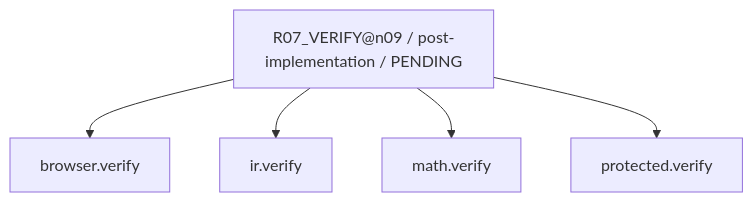
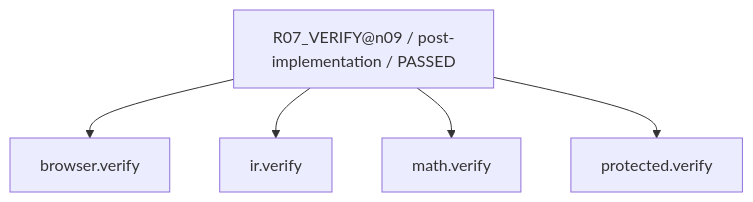
The ninth of 30 diagrams in work/items/W-MATH-035-choice-order-factor-audit/generated/CAPABILITY_FIRE_DIAGRAM.md (rrikunagasige-dot/kyotsu-step-web), drawn with Mermaid before and after one commit. The commit also changed other lines of this file and 133 other files, not shown here.

````diff
--- a/work/items/W-MATH-035-choice-order-factor-audit/generated/CAPABILITY_FIRE_DIAGRAM.md
+++ b/work/items/W-MATH-035-choice-order-factor-audit/generated/CAPABILITY_FIRE_DIAGRAM.md
@@ -141,12 +141,12 @@
 ```mermaid
 flowchart TD
-  N0["R07_VERIFY@n09 / post-implementation / PENDING"]
+  N0["R07_VERIFY@n09 / post-implementation / PASSED"]
   N1["math.verify"]
   N2["ir.verify"]
   N3["browser.verify"]
   N4["protected.verify"]
   N0 --> N3
   N0 --> N2
   N0 --> N1
   N0 --> N4
 ```
````
